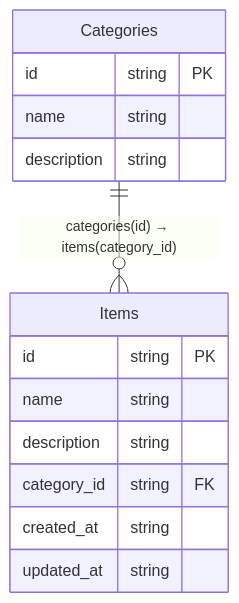
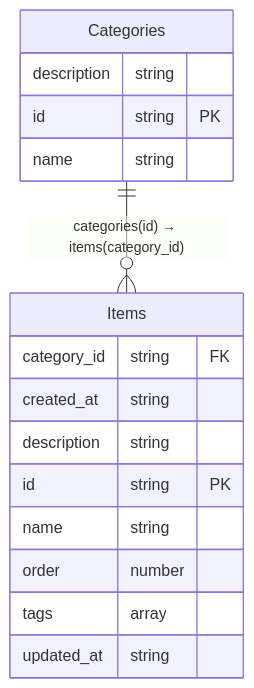
Before and after one commit to sbalmt/ez4: the diagram in examples/aws-aurora-crudl/docs/db-erd.mmd, drawn with Mermaid. The commit also changed 271 other files, not shown here.

```diff
--- a/examples/aws-aurora-crudl/docs/db-erd.mmd
+++ b/examples/aws-aurora-crudl/docs/db-erd.mmd
@@ -1,17 +1,19 @@
 %% Auto-generated ERD diagram, any manual modifications will be lost during regeneration.
 %%{init: { "layout": "elk", "theme": "light" } }%%
 erDiagram
-	Items {
+	Categories {
+		description string
 		id string PK
 		name string
-		description string
+	}
+	Categories ||--o{ Items : "categories(id) → items(category_id)"
+	Items {
 		category_id string FK
 		created_at string
+		description string
+		id string PK
+		name string
+		order number
+		tags array
 		updated_at string
 	}
-	Categories {
-		id string PK
-		name string
-		description string
-	}
-	Categories ||--o{ Items : "categories(id) → items(category_id)"
```
